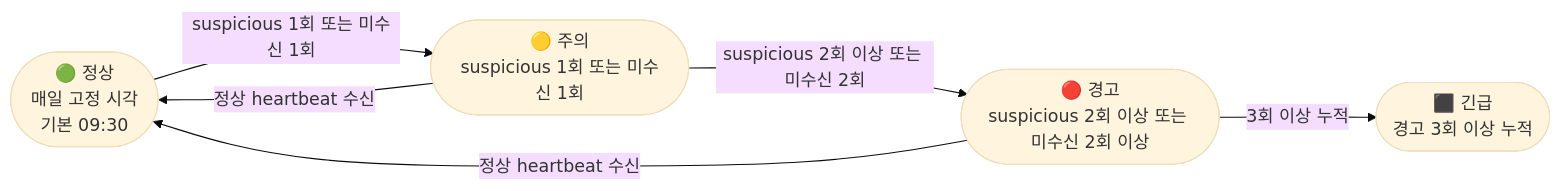
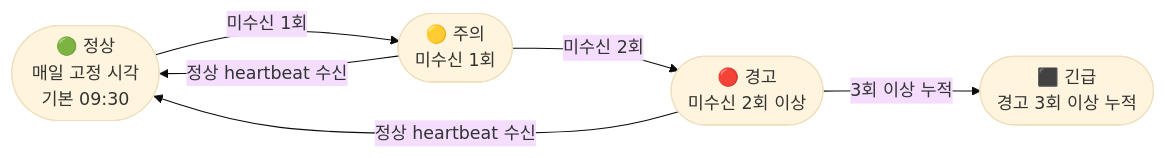
The fourth of 6 diagrams in .ref/heartbeat_flowchart.md (l10s18bok/anbucheck-server), drawn with Mermaid (base theme) before and after one commit. The commit also changed other lines of this file and 1 other file, not shown here.

````diff
--- a/.ref/heartbeat_flowchart.md
+++ b/.ref/heartbeat_flowchart.md
@@ -155,13 +157,13 @@
 ```mermaid
 flowchart LR
     Normal([🟢 정상<br/>매일 고정 시각<br/>기본 09:30])
-    Caution([🟡 주의<br/>suspicious 1회 또는 미수신 1회])
-    Warning([🔴 경고<br/>suspicious 2회 이상 또는 미수신 2회 이상])
+    Caution([🟡 주의<br/>미수신 1회])
+    Warning([🔴 경고<br/>미수신 2회 이상])
     Urgent([⬛ 긴급<br/>경고 3회 이상 누적])
 
-    Normal -->|suspicious 1회 또는 미수신 1회| Caution
-    Caution -->|suspicious 2회 이상 또는 미수신 2회| Warning
+    Normal -->|미수신 1회| Caution
+    Caution -->|미수신 2회| Warning
     Warning -->|3회 이상 누적| Urgent
     Caution -->|정상 heartbeat 수신| Normal
     Warning -->|정상 heartbeat 수신| Normal
 ```
````
